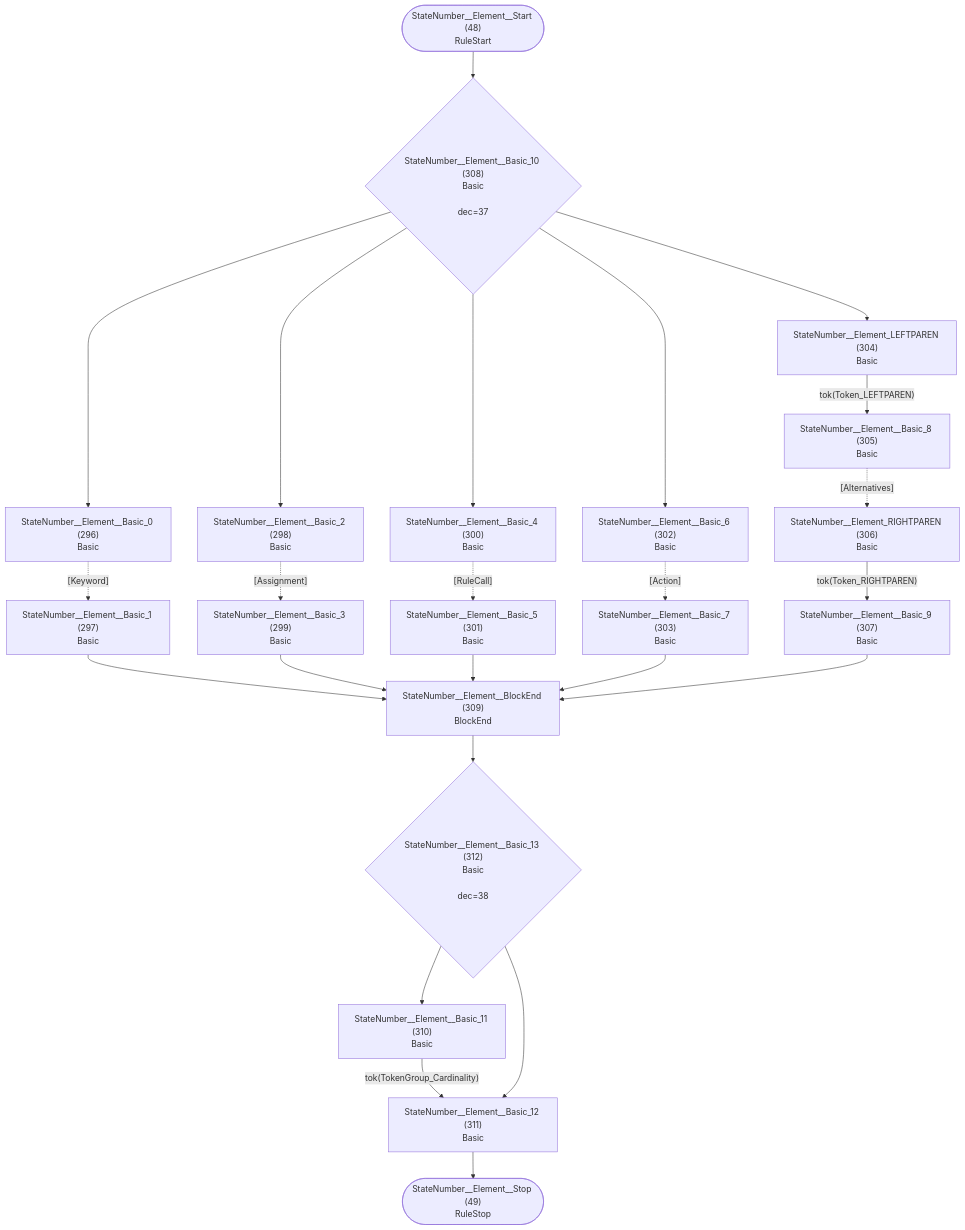
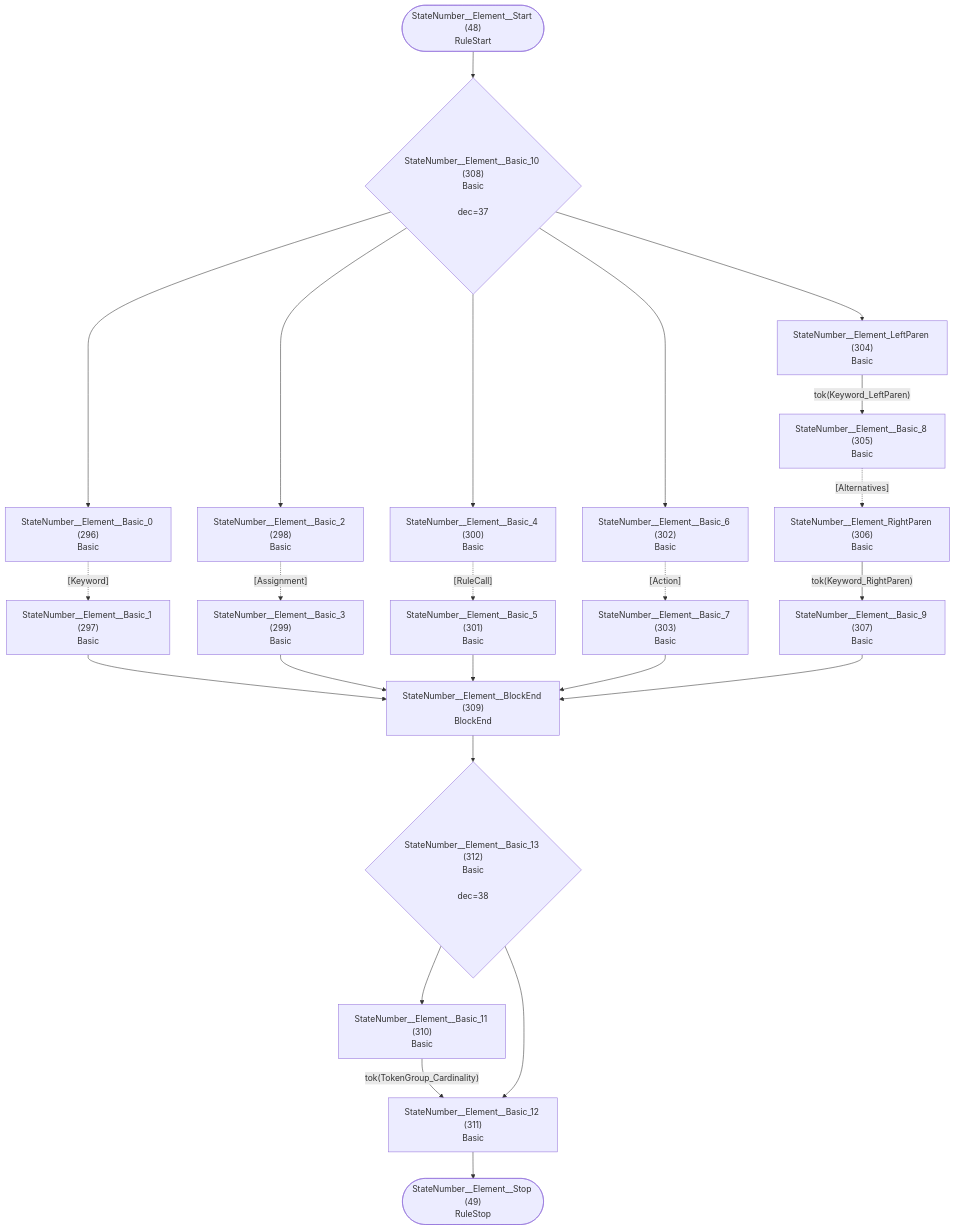
Diagram 25 of 37 in internal/grammar/atn.md (TypeFox/fastbelt), drawn with Mermaid before and after one commit. The commit also changed other lines of this file and 7 other files, not shown here.

````diff
--- a/internal/grammar/atn.md
+++ b/internal/grammar/atn.md
@@ -738,46 +738,46 @@
 ```mermaid
 flowchart TD
     q48(["StateNumber__Element__Start (48)<br/>RuleStart"])
     q49(["StateNumber__Element__Stop (49)<br/>RuleStop"])
     q296["StateNumber__Element__Basic_0 (296)<br/>Basic<br/>"]
     q297["StateNumber__Element__Basic_1 (297)<br/>Basic<br/>"]
     q298["StateNumber__Element__Basic_2 (298)<br/>Basic<br/>"]
     q299["StateNumber__Element__Basic_3 (299)<br/>Basic<br/>"]
     q300["StateNumber__Element__Basic_4 (300)<br/>Basic<br/>"]
     q301["StateNumber__Element__Basic_5 (301)<br/>Basic<br/>"]
     q302["StateNumber__Element__Basic_6 (302)<br/>Basic<br/>"]
     q303["StateNumber__Element__Basic_7 (303)<br/>Basic<br/>"]
-    q304["StateNumber__Element_LEFTPAREN (304)<br/>Basic<br/>"]
+    q304["StateNumber__Element_LeftParen (304)<br/>Basic<br/>"]
     q305["StateNumber__Element__Basic_8 (305)<br/>Basic<br/>"]
-    q306["StateNumber__Element_RIGHTPAREN (306)<br/>Basic<br/>"]
+    q306["StateNumber__Element_RightParen (306)<br/>Basic<br/>"]
     q307["StateNumber__Element__Basic_9 (307)<br/>Basic<br/>"]
     q308{"StateNumber__Element__Basic_10 (308)<br/>Basic<br/><br/>dec=37"}
     q309["StateNumber__Element__BlockEnd (309)<br/>BlockEnd<br/>"]
     q310["StateNumber__Element__Basic_11 (310)<br/>Basic<br/>"]
     q311["StateNumber__Element__Basic_12 (311)<br/>Basic<br/>"]
     q312{"StateNumber__Element__Basic_13 (312)<br/>Basic<br/><br/>dec=38"}
 
     q48 --> q308
     q296 -.->|"[Keyword]"| q297
     q297 --> q309
     q298 -.->|"[Assignment]"| q299
     q299 --> q309
     q300 -.->|"[RuleCall]"| q301
     q301 --> q309
     q302 -.->|"[Action]"| q303
     q303 --> q309
-    q304 -->|"tok(Token_LEFTPAREN)"| q305
+    q304 -->|"tok(Keyword_LeftParen)"| q305
     q305 -.->|"[Alternatives]"| q306
-    q306 -->|"tok(Token_RIGHTPAREN)"| q307
+    q306 -->|"tok(Keyword_RightParen)"| q307
     q307 --> q309
     q308 --> q296
     q308 --> q298
     q308 --> q300
     q308 --> q302
     q308 --> q304
     q309 --> q312
     q310 -->|"tok(TokenGroup_Cardinality)"| q311
     q311 --> q49
     q312 --> q310
     q312 --> q311
 ```
````
